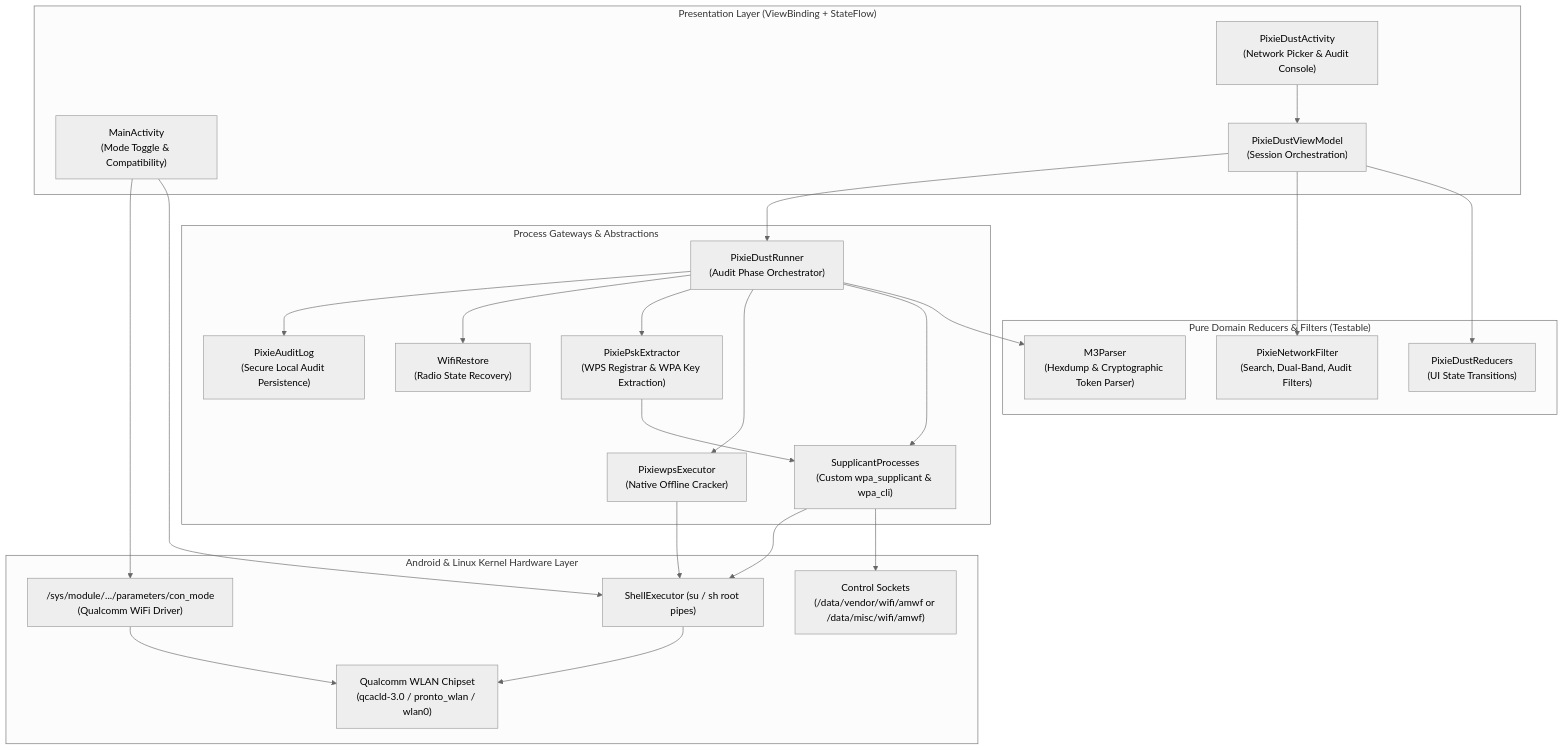
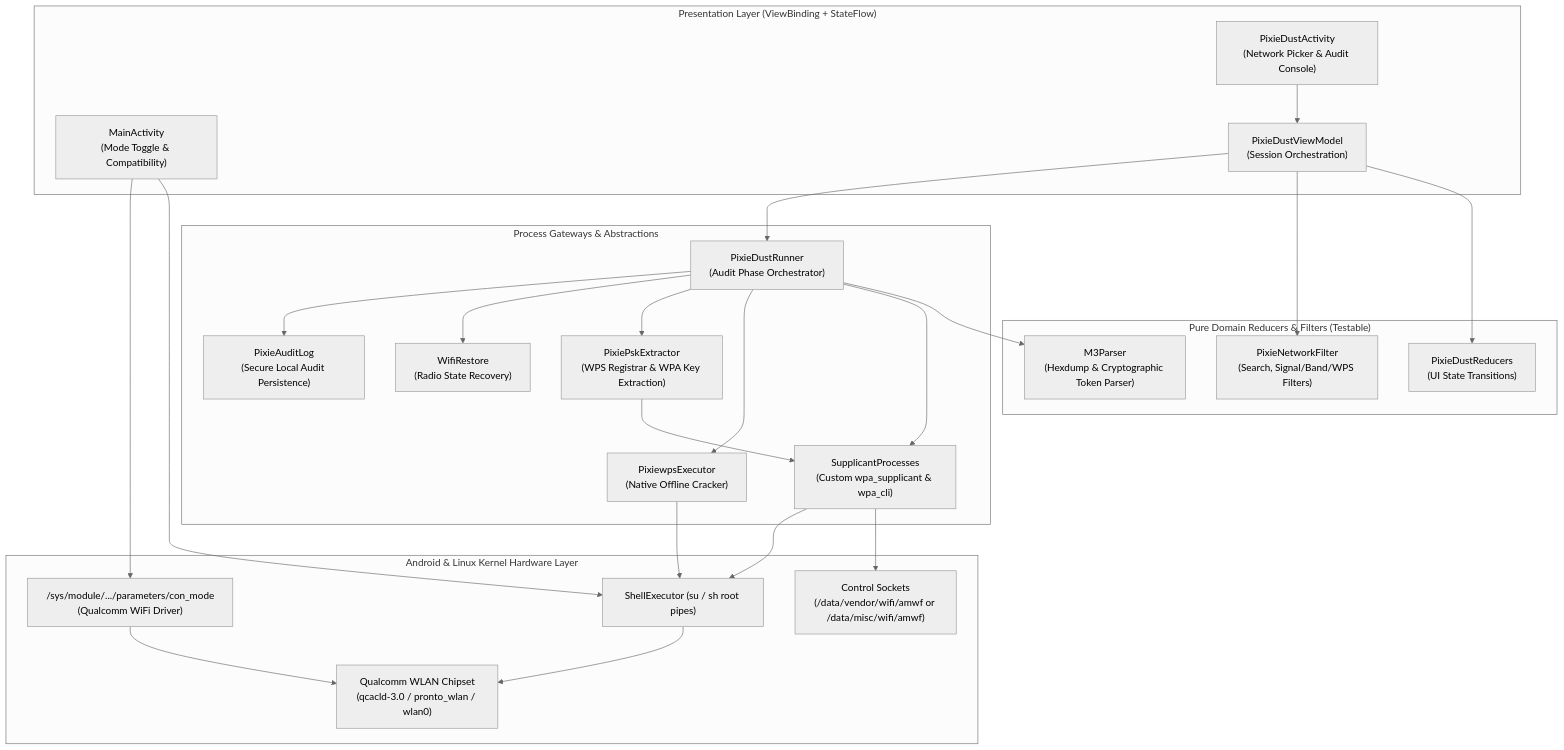
One commit to Hitomatito/AmWF changed the first of 2 diagrams in docs/ARCHITECTURE.md. Above: the diagram before and after it, drawn with Mermaid (neutral theme). The commit also changed other lines of this file and 9 other files, not shown here.

````diff
--- a/docs/ARCHITECTURE.md
+++ b/docs/ARCHITECTURE.md
@@ -13,49 +13,49 @@
 ```mermaid
 flowchart TD
     subgraph UI ["Presentation Layer (ViewBinding + StateFlow)"]
         MA["MainActivity\n(Mode Toggle & Compatibility)"]
         PDA["PixieDustActivity\n(Network Picker & Audit Console)"]
         VM["PixieDustViewModel\n(Session Orchestration)"]
     end
 
     subgraph Domain ["Pure Domain Reducers & Filters (Testable)"]
         PDR["PixieDustReducers\n(UI State Transitions)"]
-        PNF["PixieNetworkFilter\n(Search, Dual-Band, Audit Filters)"]
+        PNF["PixieNetworkFilter\n(Search, Signal/Band/WPS Filters)"]
         M3P["M3Parser\n(Hexdump & Cryptographic Token Parser)"]
     end
 
     subgraph Gateways ["Process Gateways & Abstractions"]
         PDRG["PixieDustRunner\n(Audit Phase Orchestrator)"]
         SP["SupplicantProcesses\n(Custom wpa_supplicant & wpa_cli)"]
         PE["PixiewpsExecutor\n(Native Offline Cracker)"]
         PPE["PixiePskExtractor\n(WPS Registrar & WPA Key Extraction)"]
         WR["WifiRestore\n(Radio State Recovery)"]
         PAL["PixieAuditLog\n(Secure Local Audit Persistence)"]
     end
 
     subgraph OS ["Android & Linux Kernel Hardware Layer"]
         SE["ShellExecutor (su / sh root pipes)"]
         SYSFS["/sys/module/.../parameters/con_mode\n(Qualcomm WiFi Driver)"]
         SOCK["Control Sockets\n(/data/vendor/wifi/amwf or /data/misc/wifi/amwf)"]
         WIFI["Qualcomm WLAN Chipset\n(qcacld-3.0 / pronto_wlan / wlan0)"]
     end
 
     MA --> SE
     MA --> SYSFS
     PDA --> VM
     VM --> PDR
     VM --> PNF
     VM --> PDRG
     PDRG --> M3P
     PDRG --> SP
     PDRG --> PE
     PDRG --> PPE
     PDRG --> WR
     PDRG --> PAL
     SP --> SOCK
     SP --> SE
     PE --> SE
     PPE --> SP
     SE --> WIFI
     SYSFS --> WIFI
 ```
````
